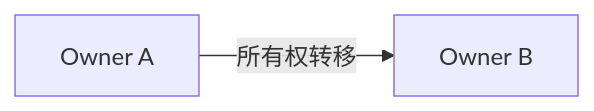
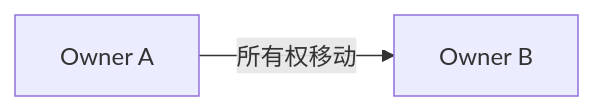
One commit to martin-ly/rust-lang changed the second of 5 diagrams in formal_rust/refactor/01_core_theory/01_variable_system/09_learning_path_and_interactive.md. Above: the diagram before and after it, drawn with Mermaid. The commit also changed other lines of this file and 5740 other files, not shown here.

````diff
--- a/formal_rust/refactor/01_core_theory/01_variable_system/09_learning_path_and_interactive.md
+++ b/formal_rust/refactor/01_core_theory/01_variable_system/09_learning_path_and_interactive.md
@@ -116,4 +116,4 @@
     ```mermaid
     graph LR
-      A[Owner A] -- 所有权转移 --> B[Owner B]
+      A[Owner A] -- 所有权移动 --> B[Owner B]
     ```
````
